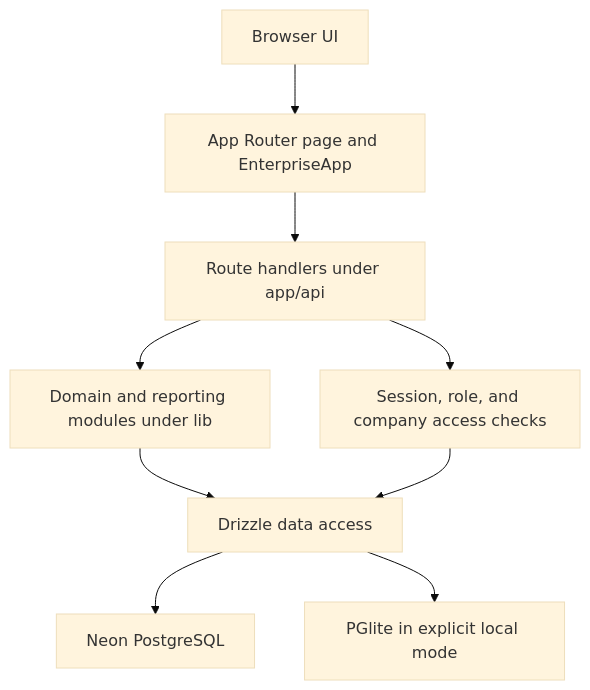
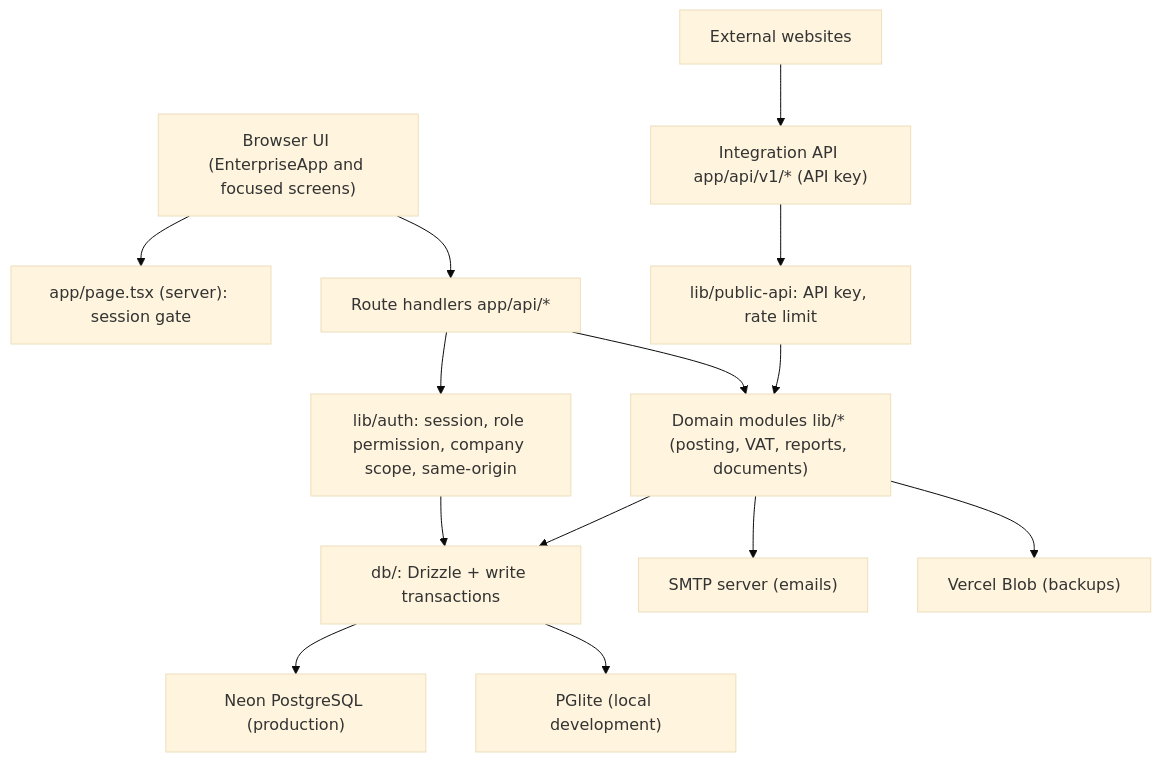
The first of 2 diagrams in README.md (jawadzsm-jpg/Quickbook), drawn with Mermaid (base theme) before and after one commit. The commit also changed other lines of this file and 9 other files, not shown here.

First line of the commit message:
Docs: full README, data model, file index and Integration API guide

````diff
--- a/README.md
+++ b/README.md
@@ -33,11 +82,16 @@
 ```mermaid
 flowchart TD
-  Browser["Browser UI"] --> Page["App Router page and EnterpriseApp"]
-  Page --> Routes["Route handlers under app/api"]
-  Routes --> Domain["Domain and reporting modules under lib"]
-  Routes --> Auth["Session, role, and company access checks"]
-  Domain --> DB["Drizzle data access"]
+  Browser["Browser UI (EnterpriseApp and focused screens)"] --> Page["app/page.tsx (server): session gate"]
+  Browser --> Routes["Route handlers app/api/*"]
+  Website["External websites"] --> V1["Integration API app/api/v1/* (API key)"]
+  Routes --> Auth["lib/auth: session, role permission, company scope, same-origin"]
+  V1 --> Keys["lib/public-api: API key, rate limit"]
+  Routes --> Domain["Domain modules lib/* (posting, VAT, reports, documents)"]
+  Keys --> Domain
+  Domain --> DB["db/: Drizzle + write transactions"]
   Auth --> DB
-  DB --> Neon["Neon PostgreSQL"]
-  DB --> Local["PGlite in explicit local mode"]
+  DB --> Neon["Neon PostgreSQL (production)"]
+  DB --> Local["PGlite (local development)"]
+  Domain --> SMTP["SMTP server (emails)"]
+  Domain --> Blob["Vercel Blob (backups)"]
 ```
````
